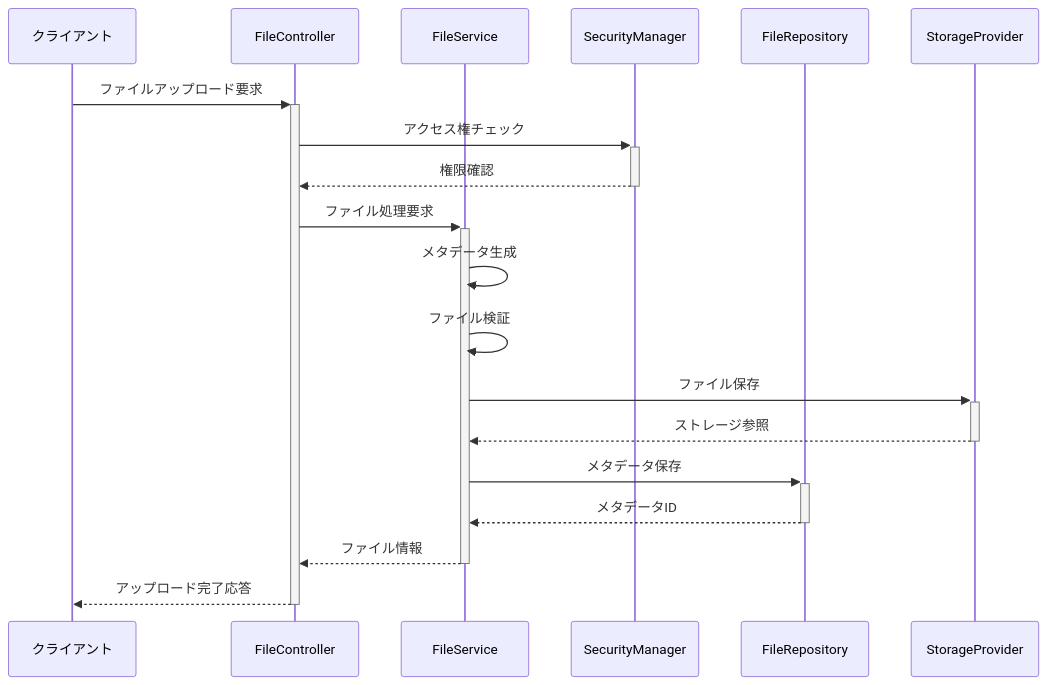
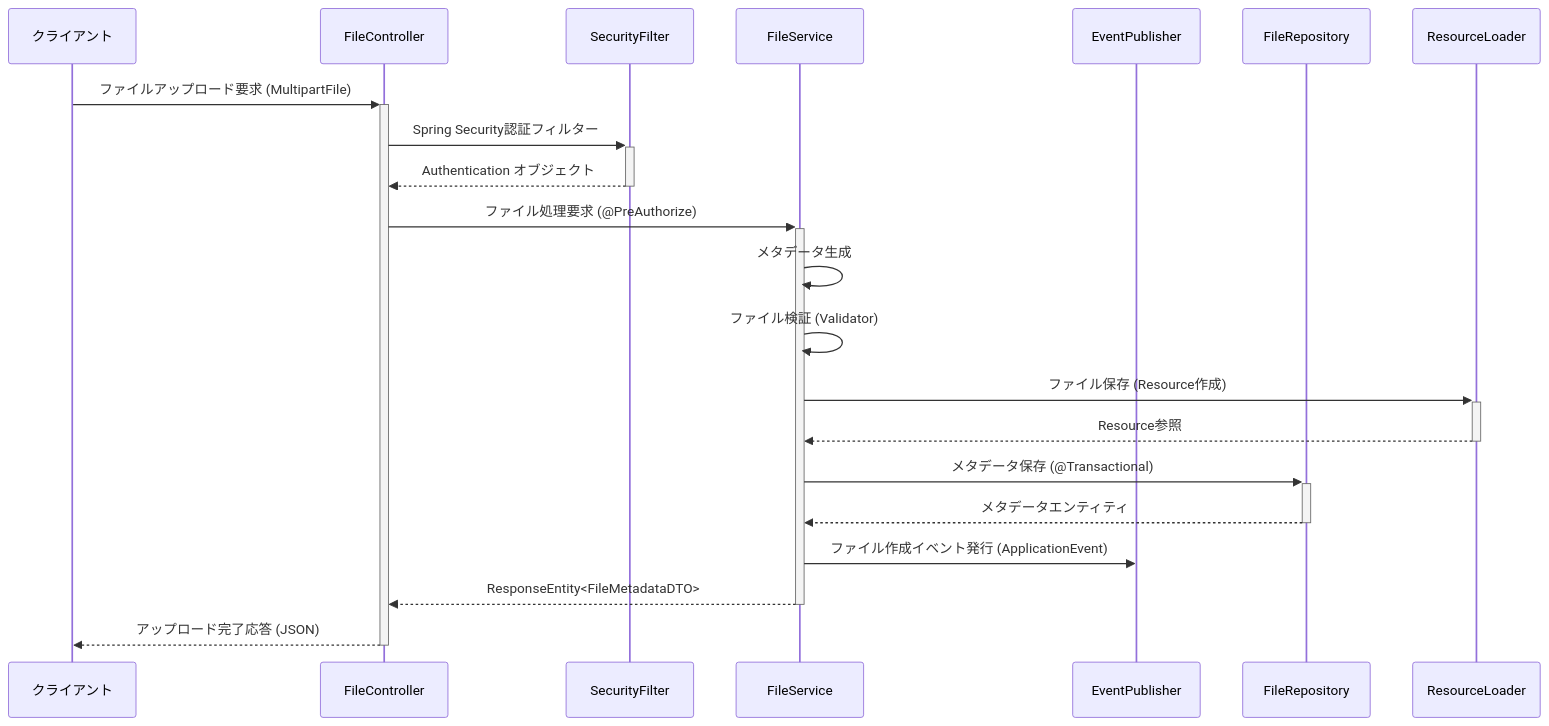
One commit to fcircle-biz/ses_mgr changed the third of 4 diagrams in docs/03_詳細設計/02_モジュール/01_共通機能/05_ファイル管理機能/01_概要.md. Above: the diagram before and after it, drawn with Mermaid. The commit also changed other lines of this file and 4 other files, not shown here.

````diff
--- a/docs/03_詳細設計/02_モジュール/01_共通機能/05_ファイル管理機能/01_概要.md
+++ b/docs/03_詳細設計/02_モジュール/01_共通機能/05_ファイル管理機能/01_概要.md
@@ -223,22 +247,24 @@
 ```mermaid
 sequenceDiagram
     participant Client as クライアント
     participant API as FileController
+    participant Security as SecurityFilter
     participant Service as FileService
-    participant Security as SecurityManager
-    participant DB as FileRepository
-    participant Storage as StorageProvider
+    participant Events as EventPublisher
+    participant Repository as FileRepository
+    participant Resource as ResourceLoader
     
-    Client->>+API: ファイルアップロード要求
-    API->>+Security: アクセス権チェック
-    Security-->>-API: 権限確認
-    API->>+Service: ファイル処理要求
+    Client->>+API: ファイルアップロード要求 (MultipartFile)
+    API->>+Security: Spring Security認証フィルター
+    Security-->>-API: Authentication オブジェクト
+    API->>+Service: ファイル処理要求 (@PreAuthorize)
     Service->>Service: メタデータ生成
-    Service->>Service: ファイル検証
-    Service->>+Storage: ファイル保存
-    Storage-->>-Service: ストレージ参照
-    Service->>+DB: メタデータ保存
-    DB-->>-Service: メタデータID
-    Service-->>-API: ファイル情報
-    API-->>-Client: アップロード完了応答
+    Service->>Service: ファイル検証 (Validator)
+    Service->>+Resource: ファイル保存 (Resource作成)
+    Resource-->>-Service: Resource参照
+    Service->>+Repository: メタデータ保存 (@Transactional)
+    Repository-->>-Service: メタデータエンティティ
+    Service->>Events: ファイル作成イベント発行 (ApplicationEvent)
+    Service-->>-API: ResponseEntity<FileMetadataDTO>
+    API-->>-Client: アップロード完了応答 (JSON)
 ```
````
